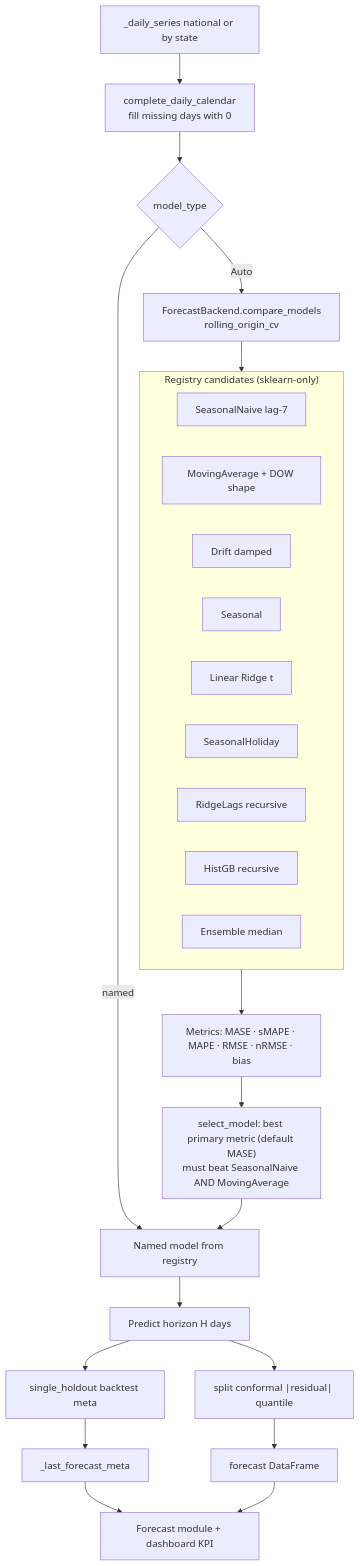
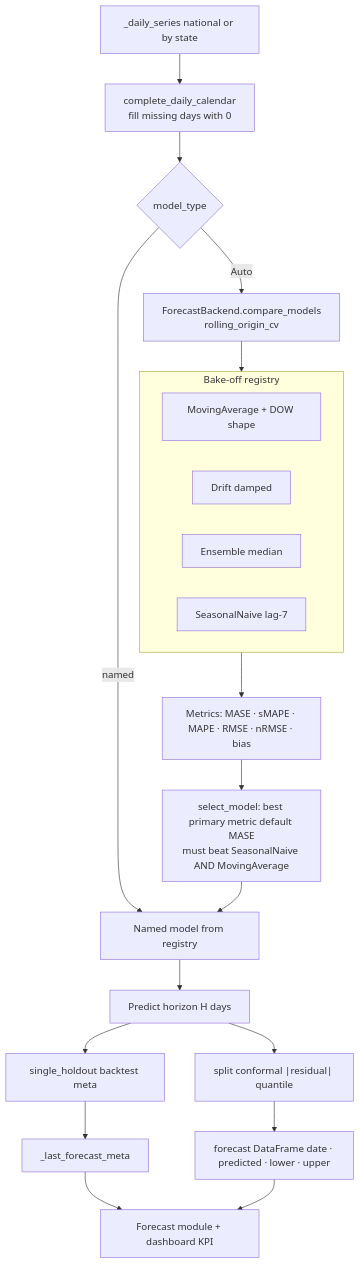
One commit to NetRunnerXD/Aadhaar-Intel-Engine-UIDAI changed diagram 14 of 24 in flowchart.md. Above: the diagram before and after it, drawn with Mermaid. The commit also changed other lines of this file and 1 other file, not shown here.

First line of the commit message:
docs: update flowchart and feature parity for dual UI stack

````diff
--- a/flowchart.md
+++ b/flowchart.md
@@ -341,33 +454,28 @@
 ```mermaid
 flowchart TD
     DAILY["_daily_series national or by state"] --> CAL["complete_daily_calendar<br/>fill missing days with 0"]
     CAL --> MODE{model_type}
 
     MODE -->|Auto| CMP["ForecastBackend.compare_models<br/>rolling_origin_cv"]
     MODE -->|named| PICK[Named model from registry]
 
-    subgraph CANDIDATES["Registry candidates (sklearn-only)"]
-        SN[SeasonalNaive lag-7]
+    subgraph CANDIDATES["Bake-off registry"]
         MA[MovingAverage + DOW shape]
         DR[Drift damped]
-        SEA[Seasonal]
-        LIN[Linear Ridge t]
-        SH[SeasonalHoliday]
-        RL[RidgeLags recursive]
-        HGB[HistGB recursive]
         ENS[Ensemble median]
+        SN[SeasonalNaive lag-7]
     end
 
     CMP --> CANDIDATES
     CANDIDATES --> MET["Metrics: MASE · sMAPE · MAPE · RMSE · nRMSE · bias"]
-    MET --> SEL["select_model: best primary metric (default MASE)<br/>must beat SeasonalNaive AND MovingAverage"]
+    MET --> SEL["select_model: best primary metric default MASE<br/>must beat SeasonalNaive AND MovingAverage"]
     SEL --> PICK
 
     PICK --> PRED[Predict horizon H days]
     PRED --> BT[single_holdout backtest meta]
     PRED --> CI["split conformal |residual| quantile"]
     BT --> META[_last_forecast_meta]
-    CI --> FRAME[forecast DataFrame]
+    CI --> FRAME[forecast DataFrame date · predicted · lower · upper]
     META --> UI[Forecast module + dashboard KPI]
     FRAME --> UI
 ```
````
